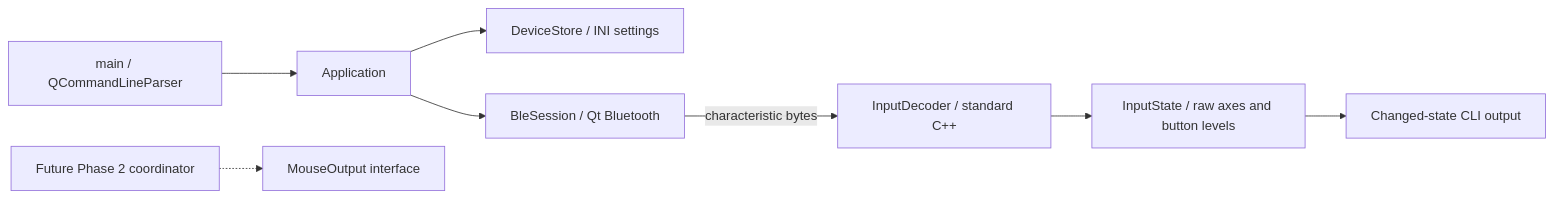
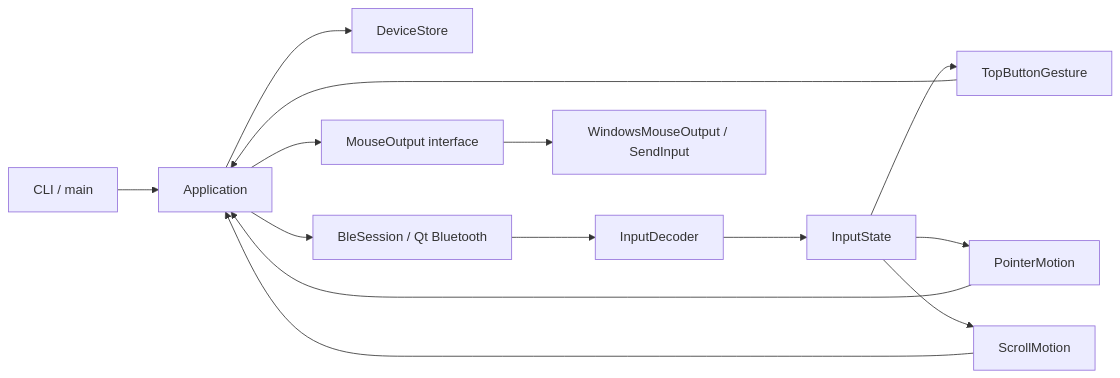
The first of 2 diagrams in docs/architecture.md (javiiervm/PokePointer), drawn with Mermaid before and after one commit. The commit also changed other lines of this file and 4 other files, not shown here.

````diff
--- a/docs/architecture.md
+++ b/docs/architecture.md
@@ -7,10 +7,16 @@
 ```mermaid
 flowchart LR
-    CLI[main / QCommandLineParser] --> App[Application]
-    App --> Store[DeviceStore / INI settings]
+    CLI[CLI / main] --> App[Application]
+    App --> Store[DeviceStore]
     App --> BLE[BleSession / Qt Bluetooth]
-    BLE -->|characteristic bytes| Decoder[InputDecoder / standard C++]
-    Decoder --> State[InputState / raw axes and button levels]
-    State --> Log[Changed-state CLI output]
-    Future[Future Phase 2 coordinator] -.-> Mouse[MouseOutput interface]
+    BLE --> Decoder[InputDecoder]
+    Decoder --> State[InputState]
+    State --> Gesture[TopButtonGesture]
+    State --> Pointer[PointerMotion]
+    State --> Scroll[ScrollMotion]
+    Gesture --> App
+    Pointer --> App
+    Scroll --> App
+    App --> Output[MouseOutput interface]
+    Output --> Win[WindowsMouseOutput / SendInput]
 ```
````
